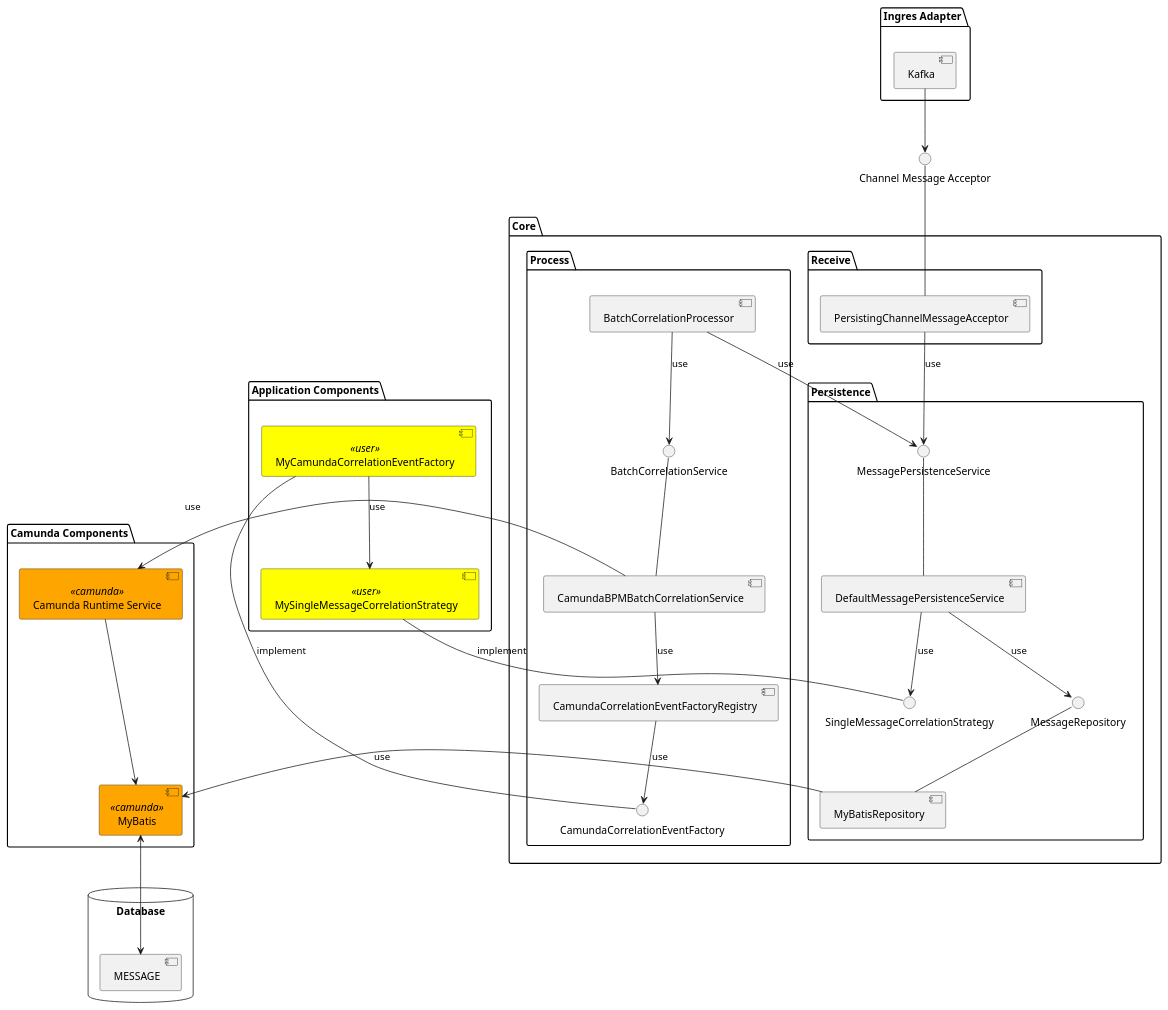
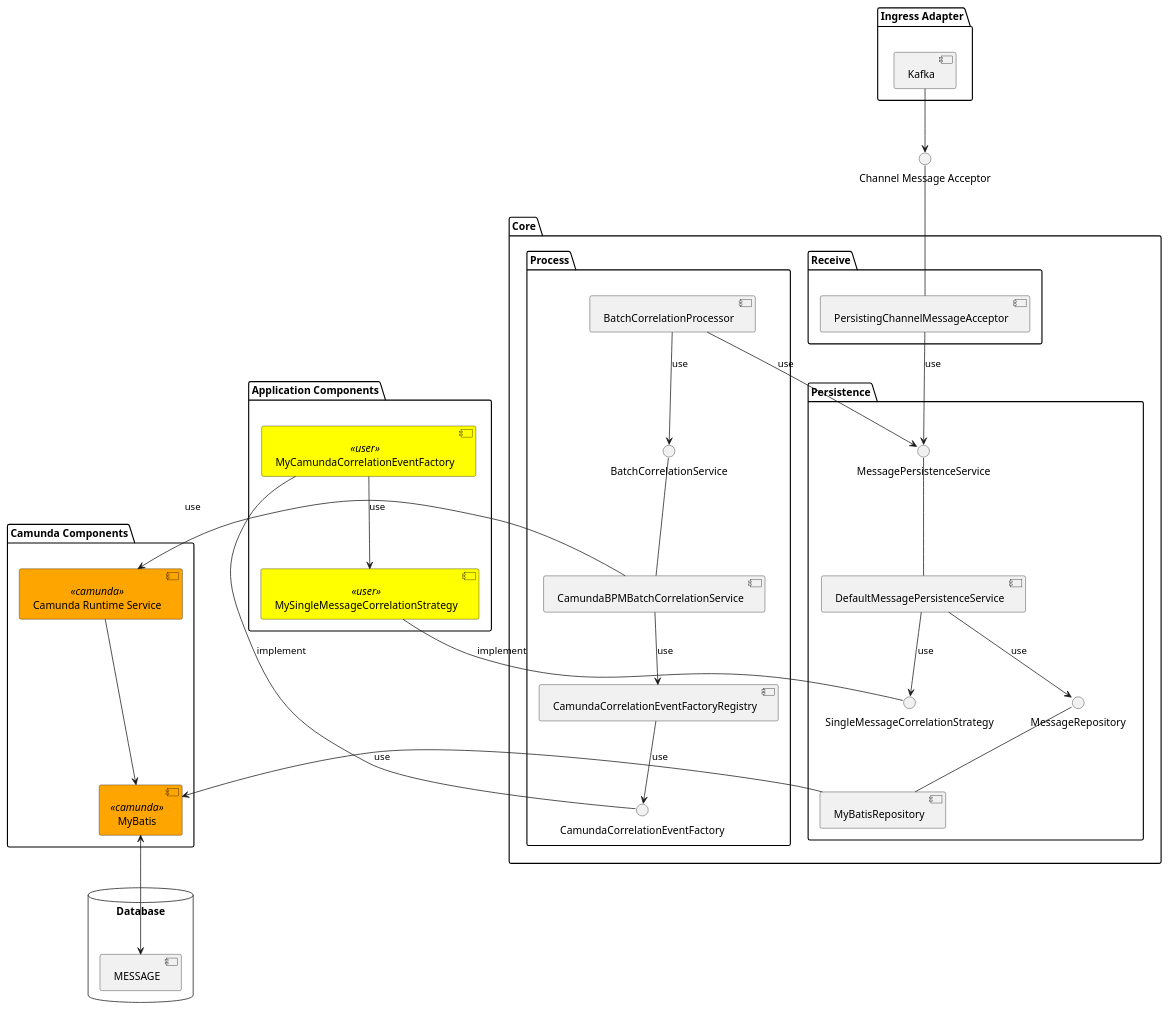
Before and after one commit to holunda-io/c7: the diagram in _import/camunda-bpm-correlate/docs/assets/components.plantuml, drawn with PlantUML. The commit also changed 102 other files, not shown here.

```diff
--- a/_import/camunda-bpm-correlate/docs/assets/components.plantuml
+++ b/_import/camunda-bpm-correlate/docs/assets/components.plantuml
@@ -1,59 +1,59 @@
 @startuml
 
 
 
 skinparam component {
   backgroundColor<<camunda>> Orange
   backgroundColor<<user>> Yellow
 }
 
 interface "Channel Message Acceptor" as CMA
 
-package "Ingres Adapter" {
+package "Ingress Adapter" {
   [ Kafka ]
 }
 
 package "Core" {
   package "Receive" {
     CMA -down- [ PersistingChannelMessageAcceptor ]
   }
   package "Process" {
     BatchCorrelationService -down- [ CamundaBPMBatchCorrelationService ]
     [ BatchCorrelationProcessor ] --> BatchCorrelationService : use
     [ CamundaBPMBatchCorrelationService ] --> [ CamundaCorrelationEventFactoryRegistry ] : use
     [ CamundaCorrelationEventFactoryRegistry ] -down-> CamundaCorrelationEventFactory : use
   }
   package "Persistence" {
     MessagePersistenceService -down- [ DefaultMessagePersistenceService ]
     [ DefaultMessagePersistenceService ] --> MessageRepository : use
     [ DefaultMessagePersistenceService ] --> SingleMessageCorrelationStrategy : use
     MessageRepository -down- [ MyBatisRepository ]
   }
 }
 
 package "Application Components" {
   [ MyCamundaCorrelationEventFactory ] <<user>>
   [ MySingleMessageCorrelationStrategy ] <<user>>
   [ MyCamundaCorrelationEventFactory ] --> [ MySingleMessageCorrelationStrategy ] : use
 }
 
 package "Camunda Components" {
   [ Camunda Runtime Service ] <<camunda>>
   [ MyBatis ] <<camunda>>
   [ Camunda Runtime Service ] --down-> [ MyBatis ]
 }
 
 database "Database" {
   [ MESSAGE ]
 }
 
 [ MyBatisRepository ] --> [ MyBatis ] : use
 [ PersistingChannelMessageAcceptor ] --> MessagePersistenceService : use
 [ BatchCorrelationProcessor ] --> MessagePersistenceService : use
 
 [ Kafka ] --> CMA
 [ MyBatis ] <--> [ MESSAGE ]
 [ CamundaBPMBatchCorrelationService ] -left-> [ Camunda Runtime Service ] : use
 [ MyCamundaCorrelationEventFactory ] -down- CamundaCorrelationEventFactory : implement
 [ MySingleMessageCorrelationStrategy ] -down- SingleMessageCorrelationStrategy : implement
 @enduml
```
